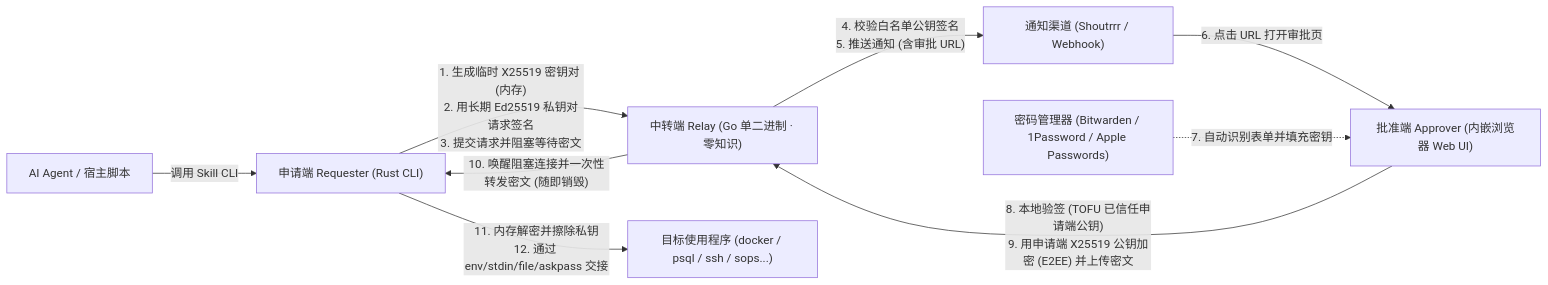
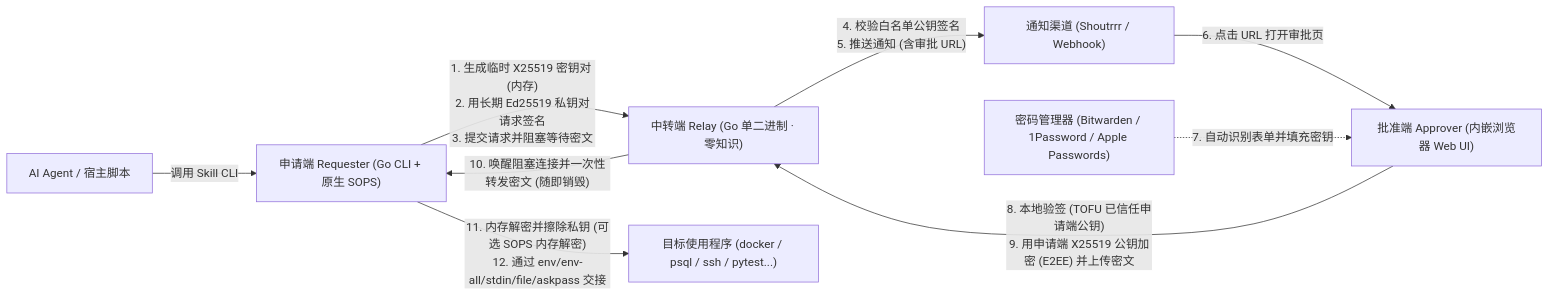
One commit to BeautyyuYanli/Outsider changed the first of 3 diagrams in docs/design.md. Above: the diagram before and after it, drawn with Mermaid. The commit also changed other lines of this file and 72 other files, not shown here.

First line of the commit message:
Rewrite CLI in Go with native SOPS (age) engine and browser age keygen

````diff
--- a/docs/design.md
+++ b/docs/design.md
@@ -19,11 +21,11 @@
 ```mermaid
 flowchart LR
-    Agent["AI Agent / 宿主脚本"] -->|"调用 Skill CLI"| Req["申请端 Requester (Rust CLI)"]
+    Agent["AI Agent / 宿主脚本"] -->|"调用 Skill CLI"| Req["申请端 Requester (Go CLI + 原生 SOPS)"]
     Req -->|"1. 生成临时 X25519 密钥对 (内存)\n2. 用长期 Ed25519 私钥对请求签名\n3. 提交请求并阻塞等待密文"| Relay["中转端 Relay (Go 单二进制 · 零知识)"]
     Relay -->|"4. 校验白名单公钥签名\n5. 推送通知 (含审批 URL)"| Notify["通知渠道 (Shoutrrr / Webhook)"]
     Notify -->|"6. 点击 URL 打开审批页"| App["批准端 Approver (内嵌浏览器 Web UI)"]
     PM["密码管理器 (Bitwarden / 1Password / Apple Passwords)"] -.->|"7. 自动识别表单并填充密钥"| App
     App -->|"8. 本地验签 (TOFU 已信任申请端公钥)\n9. 用申请端 X25519 公钥加密 (E2EE) 并上传密文"| Relay
     Relay -->|"10. 唤醒阻塞连接并一次性转发密文 (随即销毁)"| Req
-    Req -->|"11. 内存解密并擦除私钥\n12. 通过 env/stdin/file/askpass 交接"| Target["目标使用程序 (docker / psql / ssh / sops...)"]
+    Req -->|"11. 内存解密并擦除私钥 (可选 SOPS 内存解密)\n12. 通过 env/env-all/stdin/file/askpass 交接"| Target["目标使用程序 (docker / psql / ssh / pytest...)"]
 ```
````
